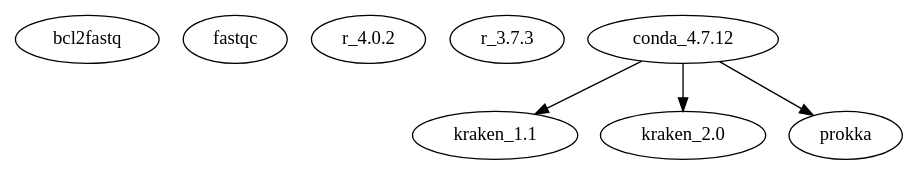
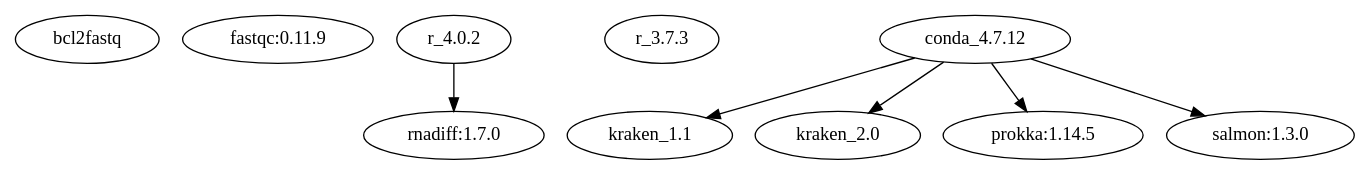
One commit to cokelaer/damona changed the diagram in doc/graph.rst. Above: the diagram before and after it, drawn with Graphviz. The commit also changed other lines of this file and 2 other files, not shown here.

```diff
--- a/doc/graph.rst
+++ b/doc/graph.rst
@@ -5,11 +11,13 @@
 .. graphviz::
 
     digraph foo {
         bcl2fastq;
-        fastqc ;
+        "fastqc:0.11.9";
         "r_4.0.2" ;
         "r_3.7.3" ;
+        "r_4.0.2" -> "rnadiff:1.7.0";
         "conda_4.7.12" -> "kraken_1.1";
         "conda_4.7.12" -> "kraken_2.0";
-        "conda_4.7.12" -> "prokka";
+        "conda_4.7.12" -> "prokka:1.14.5";
+        "conda_4.7.12" -> "salmon:1.3.0";
     }
```
